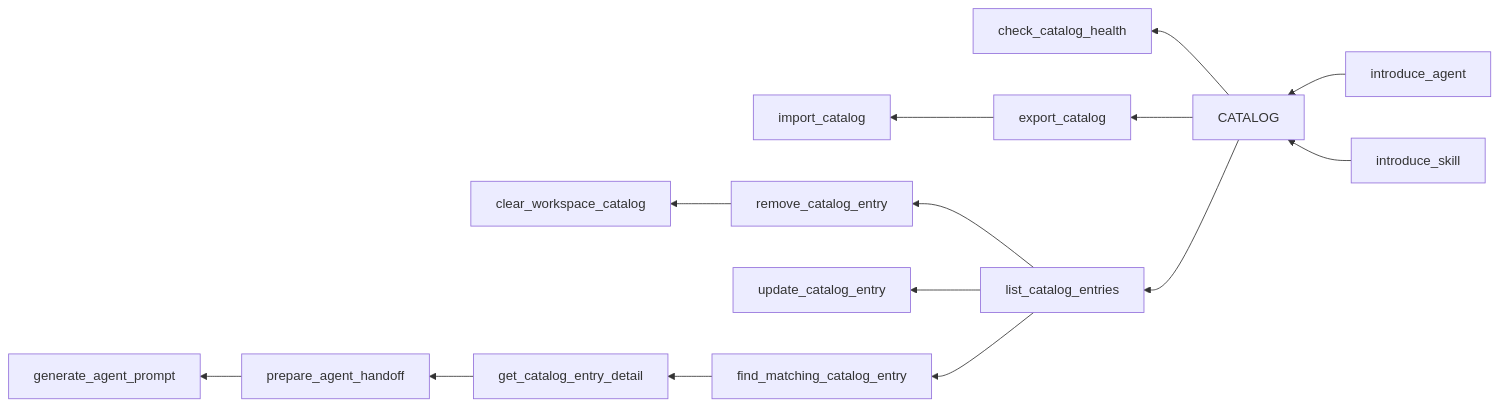
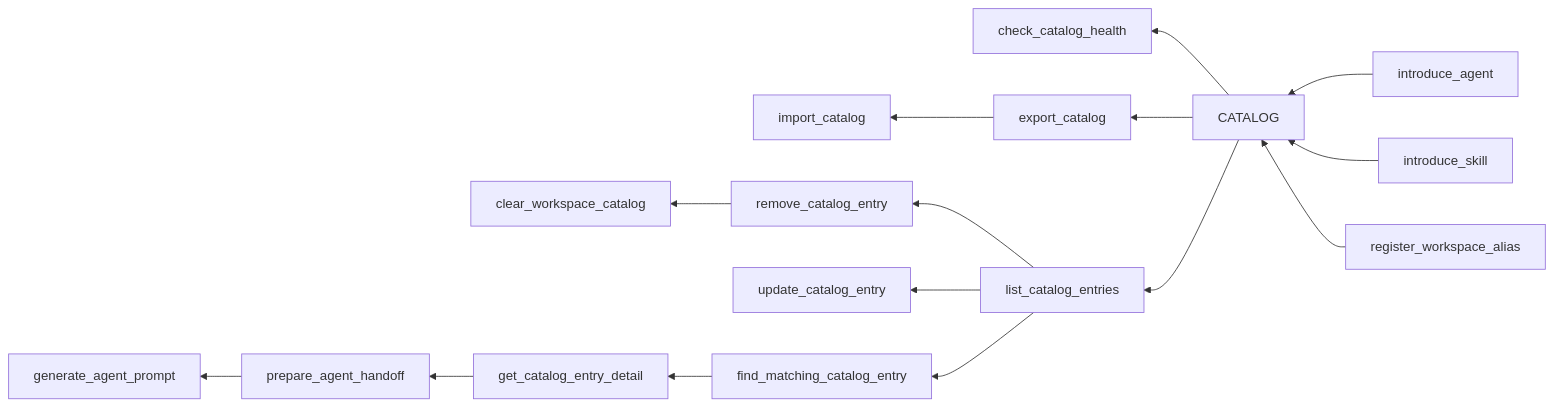
Before and after one commit to okanaslan/lor-mcp: the diagram in README.md, drawn with Mermaid. The commit also changed other lines of this file and 27 other files, not shown here.

First line of the commit message:
fix(catalog): canonicalize workspace aliases

````diff
--- a/README.md
+++ b/README.md
@@ -30,19 +30,20 @@
 ```mermaid
 flowchart RL
   catalog["CATALOG"]
 
   introduceAgent["introduce_agent"] --> catalog
   introduceSkill["introduce_skill"] --> catalog
+  registerAlias["register_workspace_alias"] --> catalog
   catalog --> checkHealth["check_catalog_health"]
   catalog --> exportCatalog["export_catalog"]
   exportCatalog --> importCatalog["import_catalog"]
   catalog --> listEntries["list_catalog_entries"]
 
   listEntries --> removeEntry["remove_catalog_entry"]
   removeEntry --> clearCatalog["clear_workspace_catalog"]
   listEntries --> updateEntry["update_catalog_entry"]
   listEntries --> findMatch["find_matching_catalog_entry"]
   findMatch --> detail["get_catalog_entry_detail"]
   detail --> handoff["prepare_agent_handoff"]
   handoff --> generatePrompt["generate_agent_prompt"]
 ```
````
